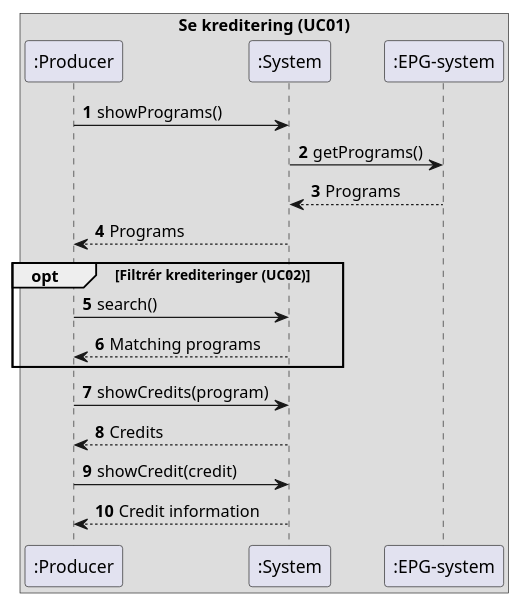
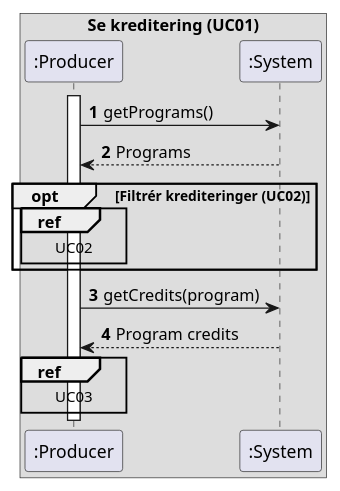
One commit to amatzen/SE02-SE-G02-SPRO changed the diagram in uml/sequence_diagrams/system/UC01_show_credit.puml. Above: the diagram before and after it, drawn with PlantUML. The commit also changed 10 other files, not shown here.

```diff
--- a/uml/sequence_diagrams/system/UC01_show_credit.puml
+++ b/uml/sequence_diagrams/system/UC01_show_credit.puml
@@ -1,28 +1,28 @@
 @startuml
 'https://plantuml.com/sequence-diagram
 
 autonumber
 
 box Se kreditering (UC01)
     participant ":Producer" as producer
     participant ":System" as system
-    participant ":EPG-system" as epg
+    'participant ":EPG-system" as epg
 end box
 
-producer -> system : showPrograms()
-system -> epg : getPrograms()
-system <-- epg : Programs
+activate producer
+
+producer -> system : getPrograms()
+'system -> epg : getPrograms()
+'system <-- epg : Programs
 producer <-- system : Programs
 
 opt Filtrér krediteringer (UC02)
-    producer -> system : search()
-    producer <-- system : Matching programs
+    ref over producer : UC02
 end
 
-producer -> system : showCredits(program)
-producer <-- system : Credits
+producer -> system : getCredits(program)
+producer <-- system : Program credits
 
-producer -> system : showCredit(credit)
-producer <-- system : Credit information
+ref over producer : UC03
 
 @enduml
```
